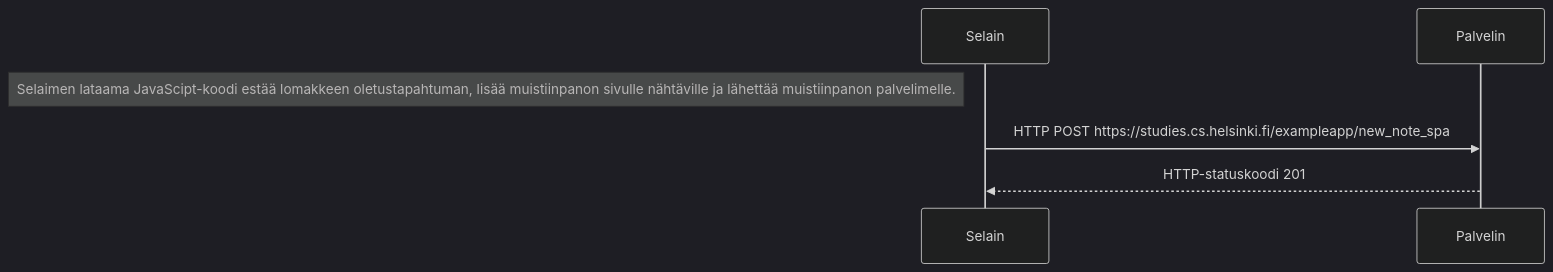
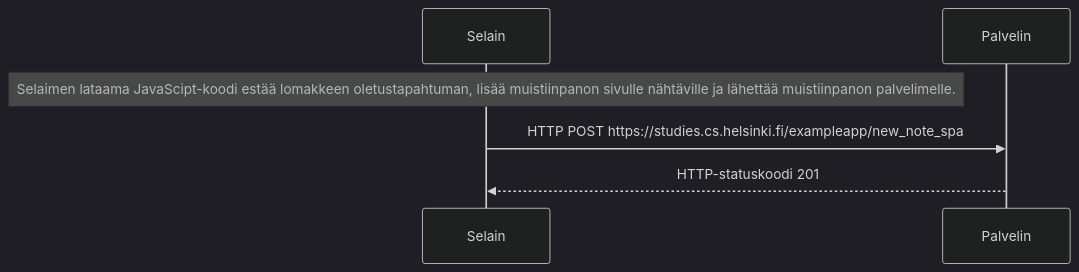
One commit to JuusoKil/osa0 changed the diagram in 06_Uusi_muistiinpano.md. Above: the diagram before and after it, drawn with Mermaid (dark theme).

````diff
--- a/06_Uusi_muistiinpano.md
+++ b/06_Uusi_muistiinpano.md
@@ -1,13 +1,13 @@
 ```mermaid
 sequenceDiagram
     participant Selain
     participant Palvelin
     
-Note left of Selain: Selaimen lataama JavaScipt-koodi estää lomakkeen oletustapahtuman, lisää muistiinpanon sivulle nähtäville ja lähettää muistiinpanon palvelimelle.;
+Note over Selain: Selaimen lataama JavaScipt-koodi estää lomakkeen oletustapahtuman, lisää muistiinpanon sivulle nähtäville ja lähettää muistiinpanon palvelimelle.;
 
 Selain->>Palvelin: HTTP POST https://studies.cs.helsinki.fi/exampleapp/new_note_spa;
 
 Palvelin-->>Selain: HTTP-statuskoodi 201;
 
 
 ```
````
